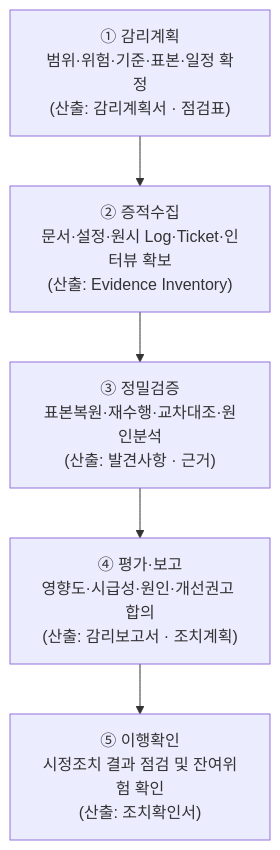
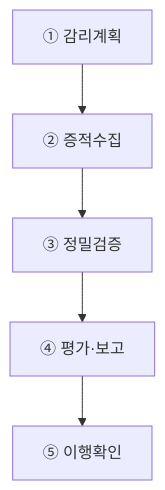
One commit to agnusdei1207/study changed the second of 3 diagrams in src/content/docs/notes/itpe/01-it-strategy/059_system_operation_audit.md. Above: the diagram before and after it, drawn with Mermaid. The commit also changed other lines of this file and 19 other files, not shown here.

````diff
--- a/src/content/docs/notes/itpe/01-it-strategy/059_system_operation_audit.md
+++ b/src/content/docs/notes/itpe/01-it-strategy/059_system_operation_audit.md
@@ -95,10 +95,4 @@
 ```mermaid
 flowchart TD
-    S1["① 감리계획<br/>범위·위험·기준·표본·일정 확정<br/>(산출: 감리계획서 · 점검표)"]
-    S2["② 증적수집<br/>문서·설정·원시 Log·Ticket·인터뷰 확보<br/>(산출: Evidence Inventory)"]
-    S3["③ 정밀검증<br/>표본복원·재수행·교차대조·원인분석<br/>(산출: 발견사항 · 근거)"]
-    S4["④ 평가·보고<br/>영향도·시급성·원인·개선권고 합의<br/>(산출: 감리보고서 · 조치계획)"]
-    S5["⑤ 이행확인<br/>시정조치 결과 점검 및 잔여위험 확인<br/>(산출: 조치확인서)"]
-
-    S1 --> S2 --> S3 --> S4 --> S5
+    S1["① 감리계획"] --> S2["② 증적수집"] --> S3["③ 정밀검증"] --> S4["④ 평가·보고"] --> S5["⑤ 이행확인"]
 ```
````
